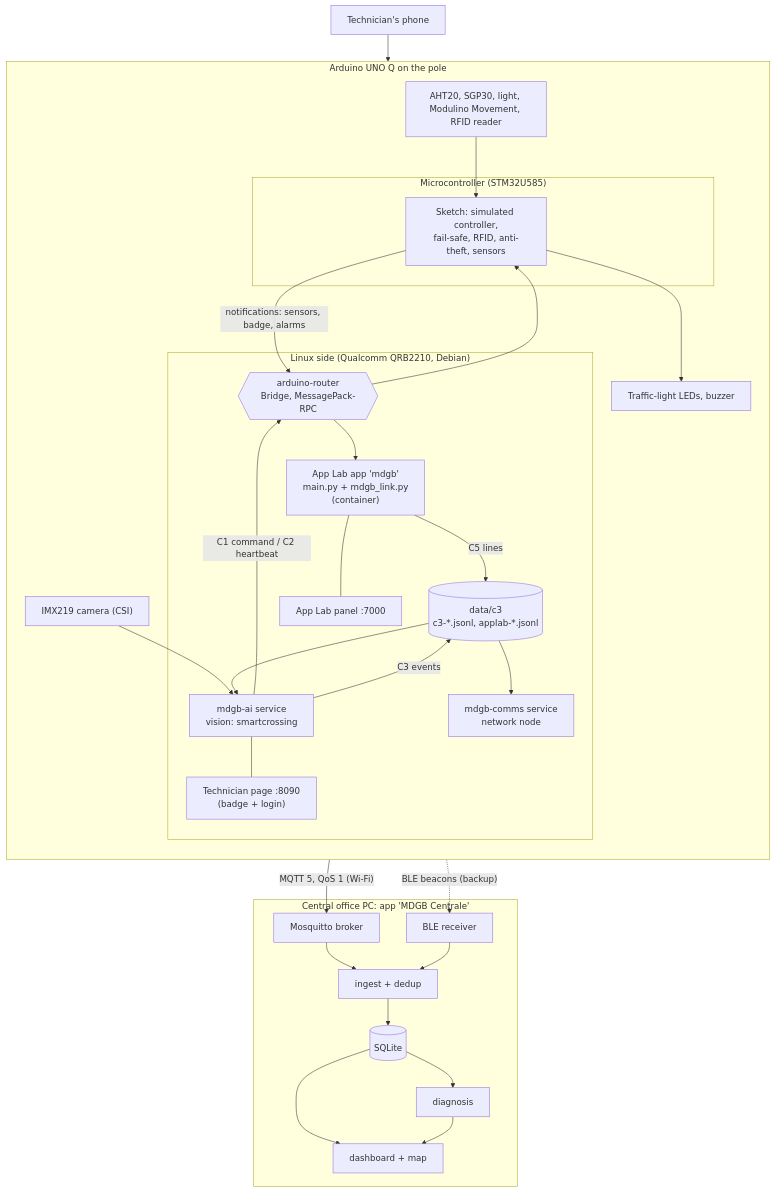
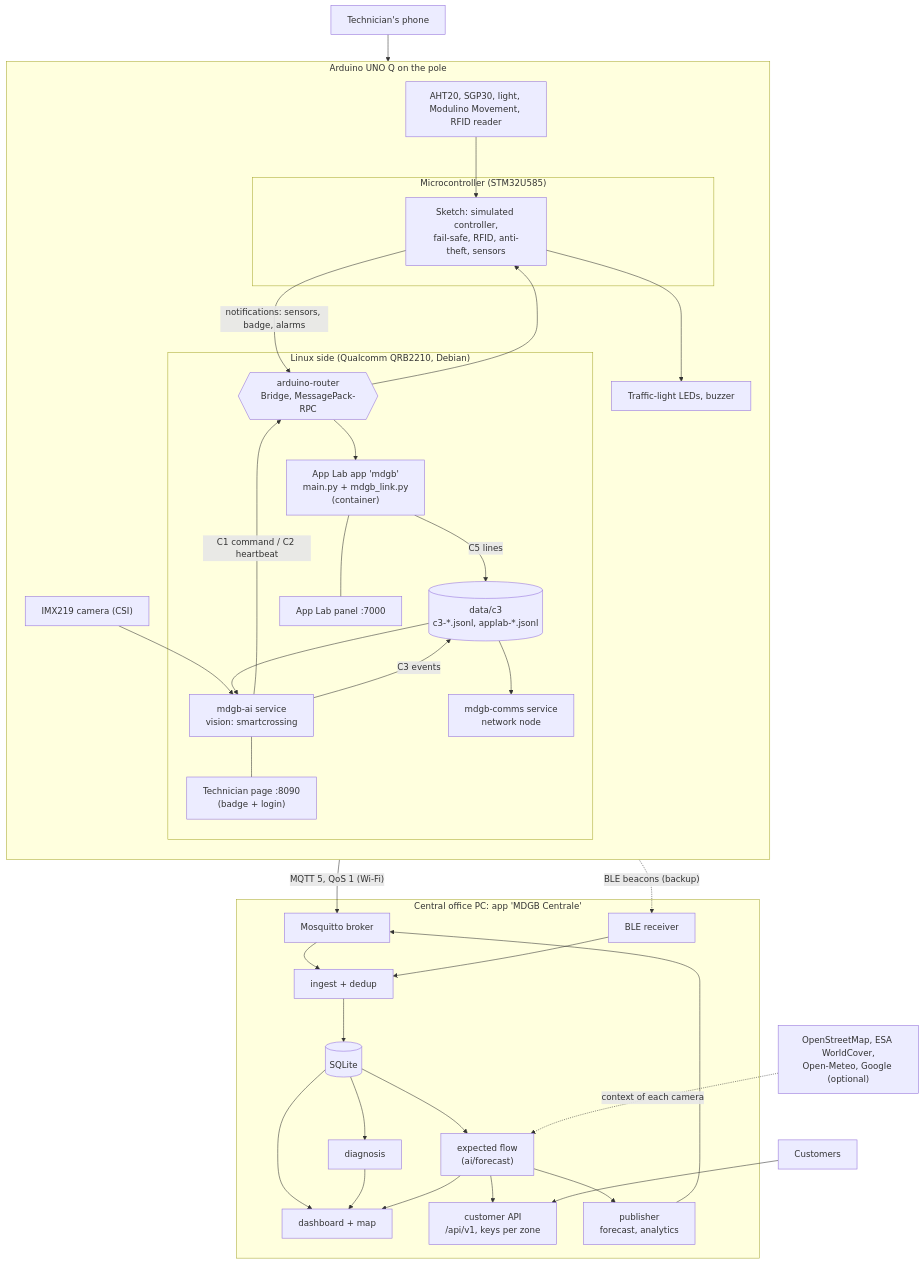
The third of 17 diagrams in docs/MDGB_DOCUMENTATION.md (Paolo410/HackTurin-mdgb), drawn with Mermaid before and after one commit. The commit also changed other lines of this file and 1 other file, not shown here.

First line of the commit message:
docs: flusso atteso e API per i clienti nella documentazione di riferimento

````diff
--- a/docs/MDGB_DOCUMENTATION.md
+++ b/docs/MDGB_DOCUMENTATION.md
@@ -175,42 +178,49 @@
 ```mermaid
 flowchart TB
     subgraph BOARD["Arduino UNO Q on the pole"]
         direction TB
         subgraph LINUX["Linux side (Qualcomm QRB2210, Debian)"]
             VISION["mdgb-ai service<br/>vision: smartcrossing"]
             NODE["mdgb-comms service<br/>network node"]
             APPLAB["App Lab app 'mdgb'<br/>main.py + mdgb_link.py<br/>(container)"]
             PAGE8090["Technician page :8090<br/>(badge + login)"]
             PANEL7000["App Lab panel :7000"]
             FILES[("data/c3<br/>c3-*.jsonl, applab-*.jsonl")]
             ROUTER{{"arduino-router<br/>Bridge, MessagePack-RPC"}}
         end
         subgraph MCU["Microcontroller (STM32U585)"]
             SKETCH["Sketch: simulated controller,<br/>fail-safe, RFID, anti-theft, sensors"]
         end
         CAMERA["IMX219 camera (CSI)"] --> VISION
         VISION -- "C1 command / C2 heartbeat" --> ROUTER
         ROUTER --> SKETCH
         SKETCH -- "notifications: sensors, badge, alarms" --> ROUTER
         ROUTER --> APPLAB
         APPLAB -- "C5 lines" --> FILES
         VISION -- "C3 events" --> FILES
         FILES --> NODE
         FILES --> VISION
         VISION --- PAGE8090
         APPLAB --- PANEL7000
         SKETCH --> LEDS["Traffic-light LEDs, buzzer"]
         SENSORS["AHT20, SGP30, light, Modulino Movement, RFID reader"] --> SKETCH
     end
     NODE -- "MQTT 5, QoS 1 (Wi-Fi)" --> BROKER
     NODE -. "BLE beacons (backup)" .-> BLE
     subgraph CENTRAL["Central office PC: app 'MDGB Centrale'"]
         BROKER["Mosquitto broker"] --> INGEST["ingest + dedup"]
         BLE["BLE receiver"] --> INGEST
         INGEST --> DB[("SQLite")]
         DB --> DIAG["diagnosis"]
         DB --> DASH["dashboard + map"]
         DIAG --> DASH
+        DB --> FLOW["expected flow<br/>(ai/forecast)"]
+        FLOW --> DASH
+        FLOW --> API["customer API<br/>/api/v1, keys per zone"]
+        FLOW --> PUB["publisher<br/>forecast, analytics"]
+        PUB --> BROKER
     end
     PHONE["Technician's phone"] --> PAGE8090
+    OPEN["OpenStreetMap, ESA WorldCover,<br/>Open-Meteo, Google (optional)"] -. "context of each camera" .-> FLOW
+    CUSTOMER["Customers"] --> API
 ```
````
